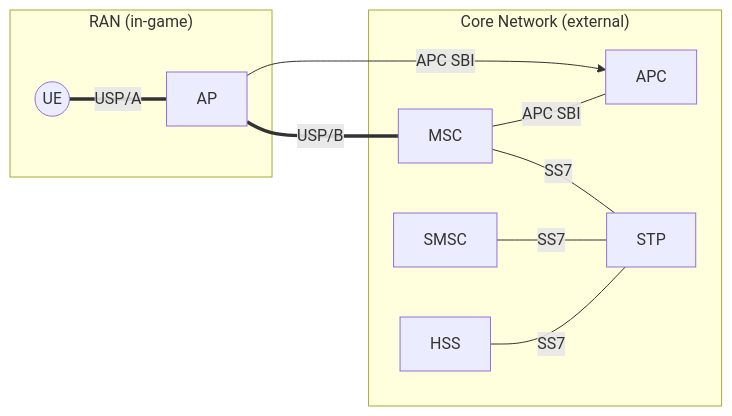
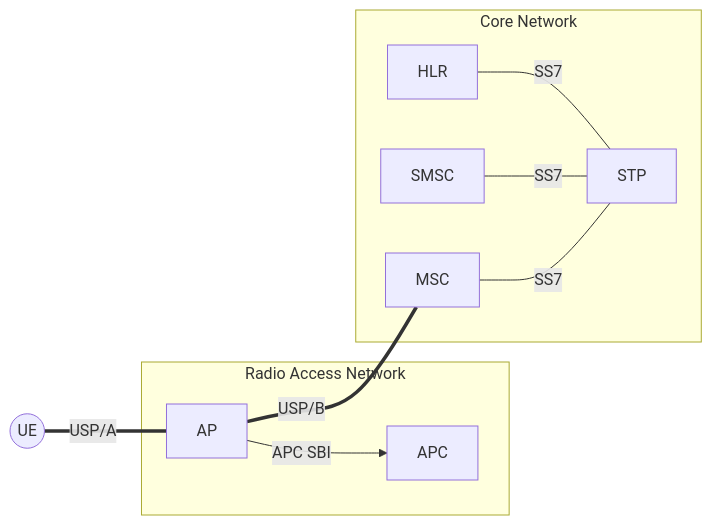
The diagram in docs/architecture.md (samuelh2005/cc-telecom), drawn with Mermaid before and after one commit. The commit also changed other lines of this file, not shown here.

Commit message:
docs: refine graph structure and entity locations

````diff
--- a/docs/architecture.md
+++ b/docs/architecture.md
@@ -17,25 +19,25 @@
 ```mermaid
 flowchart LR
-    subgraph "RAN (in-game)"
-        UE((UE))
+    UE((UE))
+
+    subgraph "Radio Access Network"
         AP[AP]
+        APC[APC]
 
-        UE === |"USP/A"| AP
+        AP --> |"APC SBI"| APC
     end
 
-    subgraph "Core Network (external)"
-        APC[APC]
+    subgraph "Core Network"
         MSC[MSC]
         STP[STP]
-        HSS[HSS]
+        HLR[HLR]
         SMSC[SMSC]
-
-        MSC --- |"APC SBI"| APC
-        HSS --- |"SS7"| STP
+  
+        HLR --- |"SS7"| STP
         SMSC --- |"SS7"| STP
         MSC --- |"SS7"| STP
     end
     
+    UE === |"USP/A"| AP
     AP === |"USP/B"| MSC
-    AP --> |"APC SBI"| APC    
 ```
````
